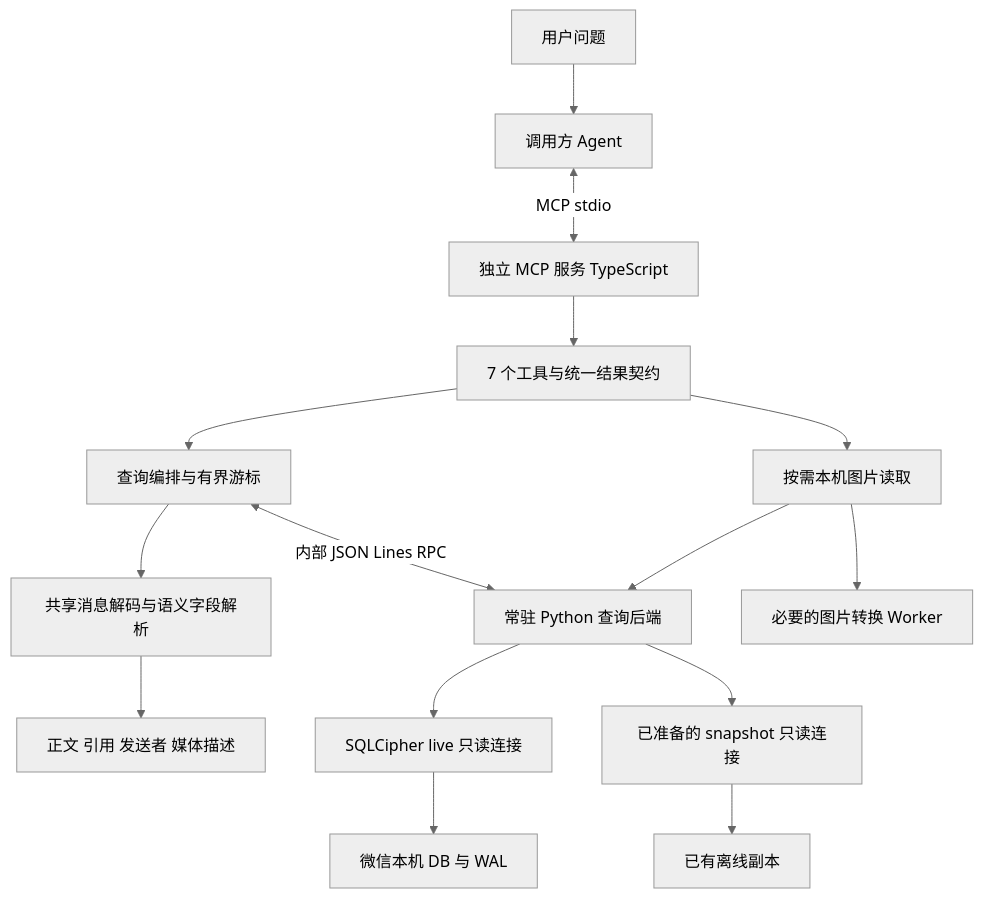
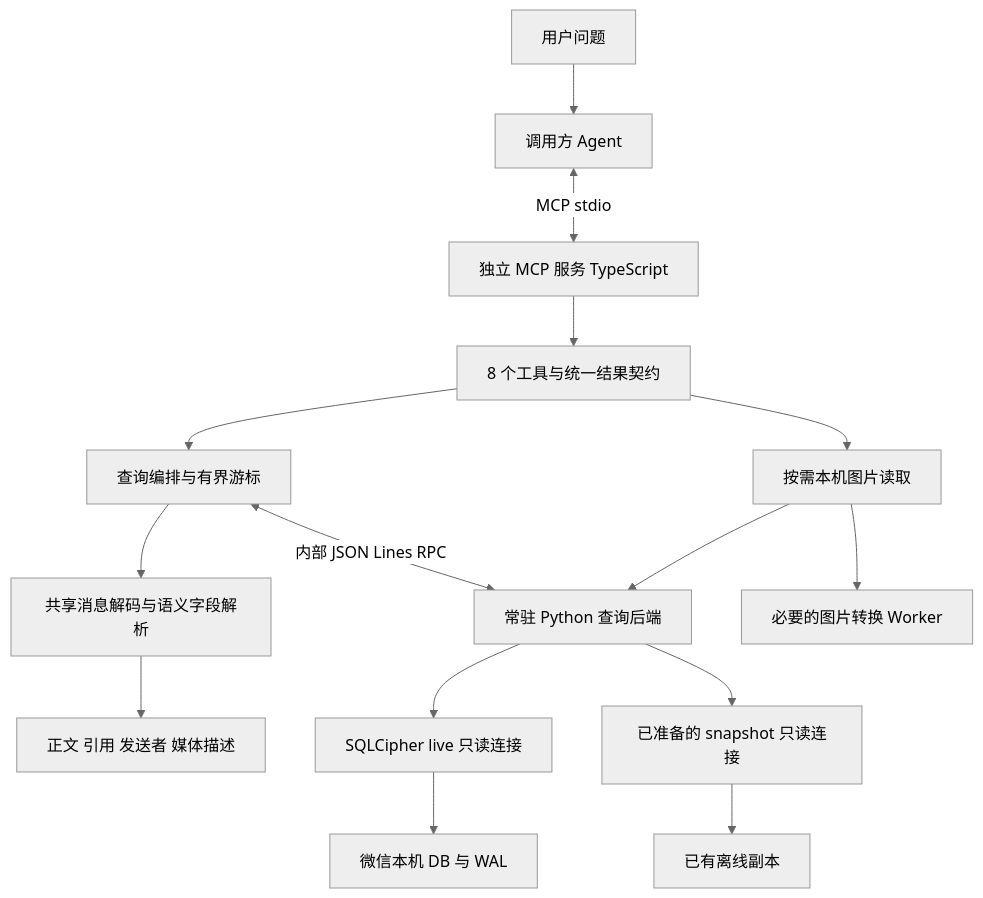
One commit to chuali-zi/Weflow_full changed the diagram in docs/mcp-architecture.md. Above: the diagram before and after it, drawn with Mermaid (neutral theme). The commit also changed other lines of this file and 16 other files, not shown here.

````diff
--- a/docs/mcp-architecture.md
+++ b/docs/mcp-architecture.md
@@ -9,17 +9,17 @@
 ```mermaid
 flowchart TB
     U[用户问题] --> A[调用方 Agent]
     A <-->|MCP stdio| M[独立 MCP 服务 TypeScript]
-    M --> T[7 个工具与统一结果契约]
+    M --> T[8 个工具与统一结果契约]
     T --> Q[查询编排与有界游标]
     Q --> N[共享消息解码与语义字段解析]
     Q <-->|内部 JSON Lines RPC| P[常驻 Python 查询后端]
     P --> L[SQLCipher live 只读连接]
     P --> S[已准备的 snapshot 只读连接]
     L --> D[微信本机 DB 与 WAL]
     S --> C[已有离线副本]
     N --> R[正文 引用 发送者 媒体描述]
     T --> I[按需本机图片读取]
     I --> P
     I --> W[必要的图片转换 Worker]
 ```
````
